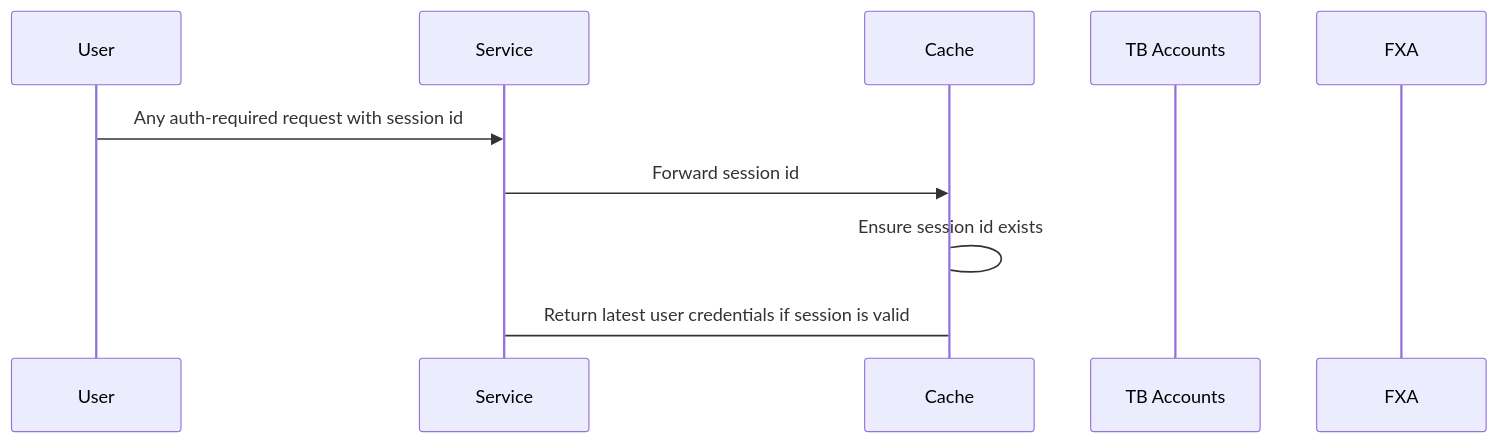
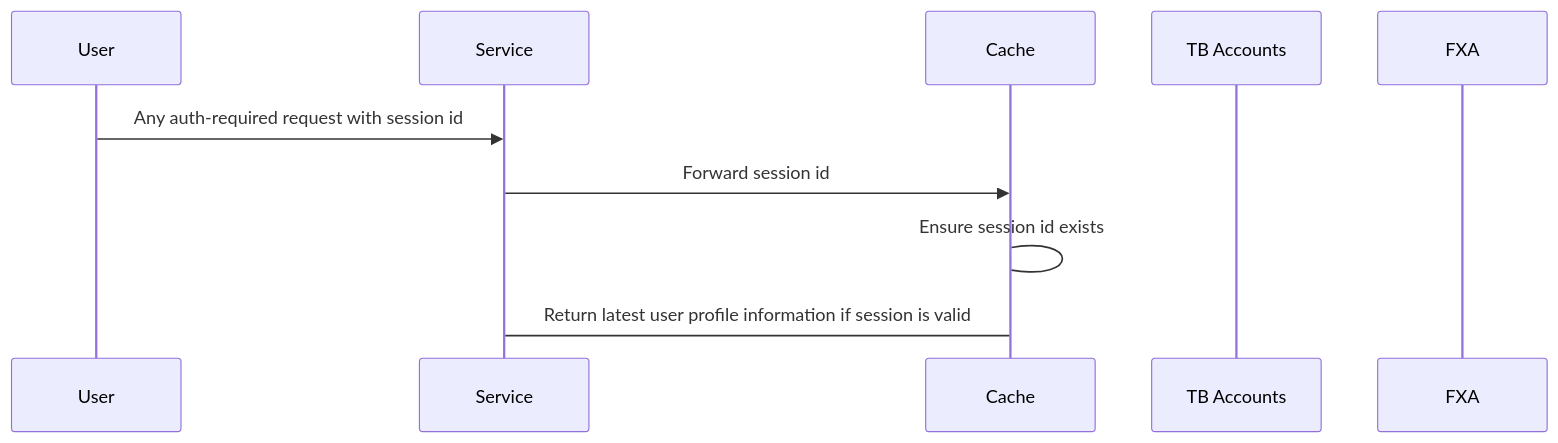
Before and after one commit to thunderbird/thunderbird-accounts: the third of 3 diagrams in docs/infra.rst, drawn with Mermaid. The commit also changed other lines of this file and 1 other file, not shown here.

```diff
--- a/docs/infra.rst
+++ b/docs/infra.rst
@@ -45,13 +72,13 @@
 .. mermaid::
 
   sequenceDiagram
     participant User
     participant Service
     participant Cache
     participant TB Accounts
     participant FXA
 
     User->>Service: Any auth-required request with session id
     Service->>Cache: Forward session id
     Cache->Cache: Ensure session id exists
-    Service->Cache: Return latest user credentials if session is valid
+    Service->Cache: Return latest user profile information if session is valid
```
